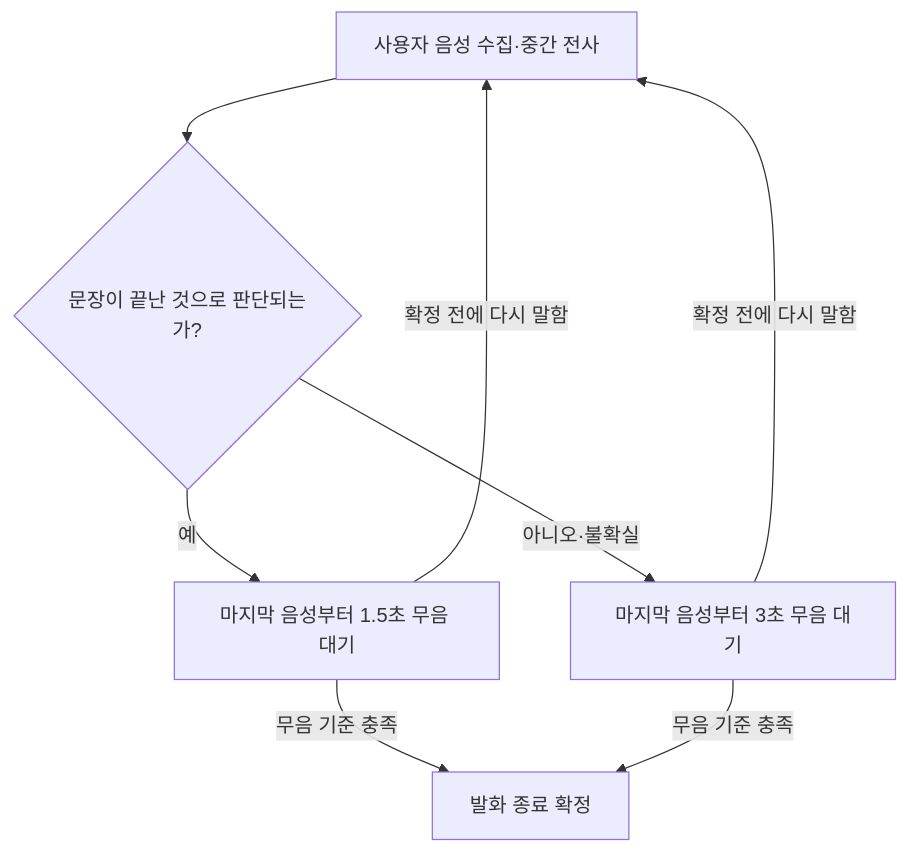
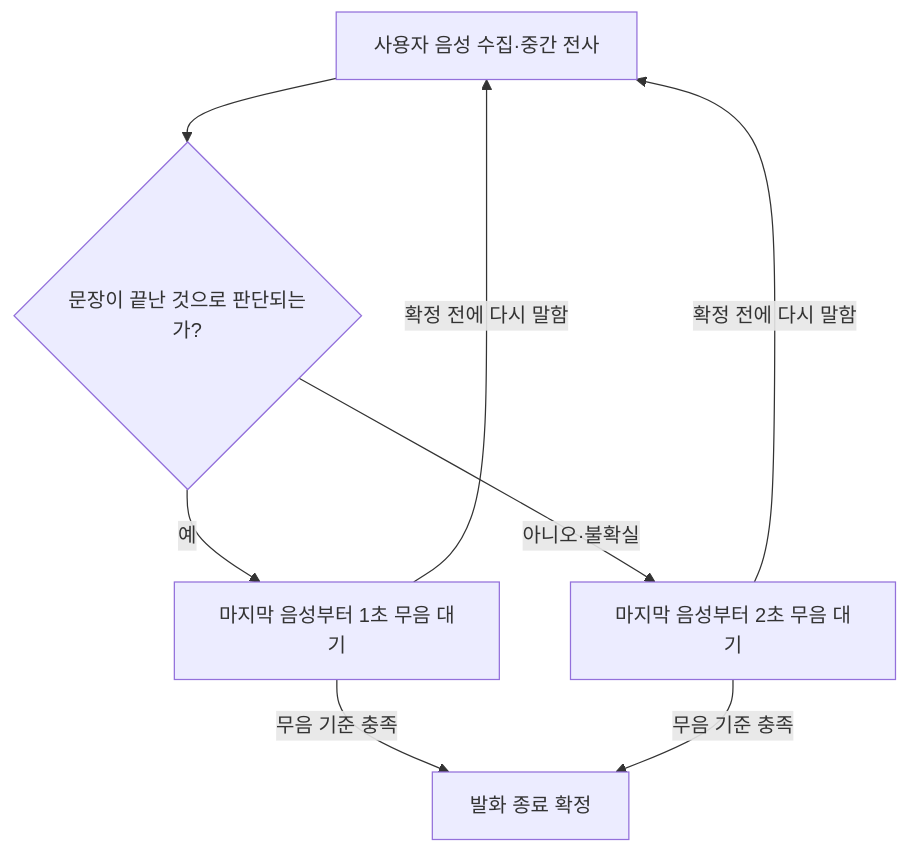
Before and after one commit to SWM-malbut/malbut: the second of 2 diagrams in malbut_stt/docs/stt_agent.md, drawn with Mermaid. The commit also changed other lines of this file, not shown here.

````diff
--- a/malbut_stt/docs/stt_agent.md
+++ b/malbut_stt/docs/stt_agent.md
@@ -113,16 +113,16 @@
 ```mermaid
 flowchart TD
     A["사용자 음성 수집·중간 전사"]
     B{"문장이 끝난 것으로 판단되는가?"}
-    C["마지막 음성부터 1.5초 무음 대기"]
-    D["마지막 음성부터 3초 무음 대기"]
+    C["마지막 음성부터 1초 무음 대기"]
+    D["마지막 음성부터 2초 무음 대기"]
     E["발화 종료 확정"]
 
     A --> B
     B -->|"예"| C
     B -->|"아니오·불확실"| D
     C -->|"무음 기준 충족"| E
     D -->|"무음 기준 충족"| E
     C -->|"확정 전에 다시 말함"| A
     D -->|"확정 전에 다시 말함"| A
 ```
````
